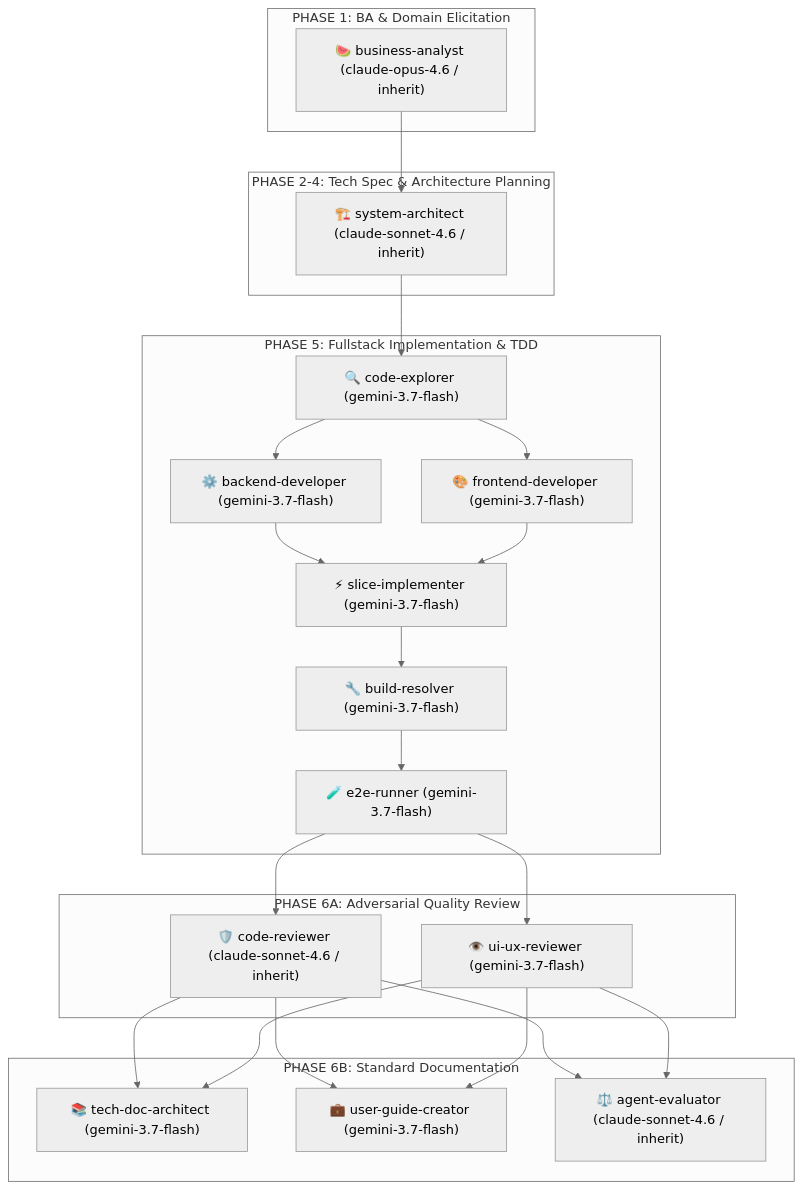
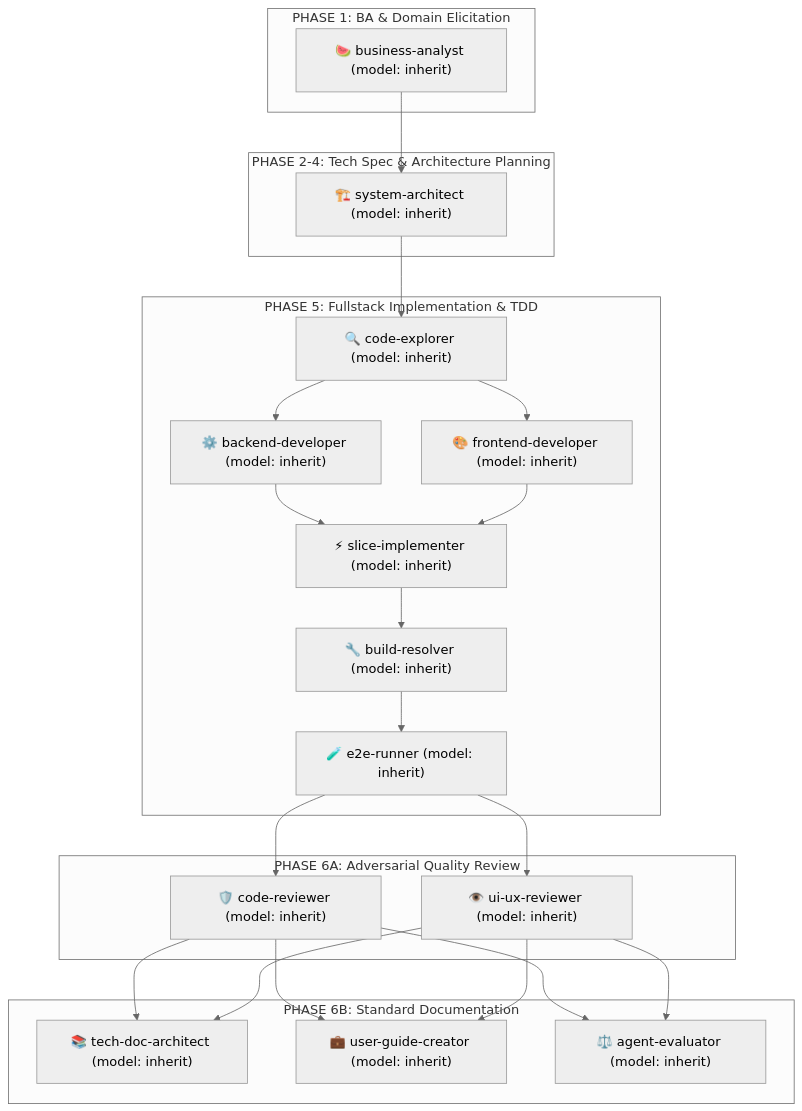
Before and after one commit to ahauy/universal-agents-workflow: the diagram in AGENTS.md, drawn with Mermaid (neutral theme). The commit also changed other lines of this file and 18 other files, not shown here.

````diff
--- a/AGENTS.md
+++ b/AGENTS.md
@@ -14,48 +14,48 @@
 ```mermaid
 graph TD
     subgraph P1 ["PHASE 1: BA & Domain Elicitation"]
-        BA["🍉 business-analyst (claude-opus-4.6 / inherit)"]
+        BA["🍉 business-analyst (model: inherit)"]
     end
 
     subgraph P2 ["PHASE 2-4: Tech Spec & Architecture Planning"]
-        SA["🏗️ system-architect (claude-sonnet-4.6 / inherit)"]
+        SA["🏗️ system-architect (model: inherit)"]
     end
 
     subgraph P5 ["PHASE 5: Fullstack Implementation & TDD"]
-        CE["🔍 code-explorer (gemini-3.7-flash)"]
-        BE["⚙️ backend-developer (gemini-3.7-flash)"]
-        FE["🎨 frontend-developer (gemini-3.7-flash)"]
-        SI["⚡ slice-implementer (gemini-3.7-flash)"]
-        BR["🔧 build-resolver (gemini-3.7-flash)"]
-        E2E["🧪 e2e-runner (gemini-3.7-flash)"]
+        CE["🔍 code-explorer (model: inherit)"]
+        BE["⚙️ backend-developer (model: inherit)"]
+        FE["🎨 frontend-developer (model: inherit)"]
+        SI["⚡ slice-implementer (model: inherit)"]
+        BR["🔧 build-resolver (model: inherit)"]
+        E2E["🧪 e2e-runner (model: inherit)"]
 
         CE --> BE
         CE --> FE
         BE --> SI
         FE --> SI
         SI --> BR
         BR --> E2E
     end
 
     subgraph P6A ["PHASE 6A: Adversarial Quality Review"]
-        CR["🛡️ code-reviewer (claude-sonnet-4.6 / inherit)"]
-        UR["👁️ ui-ux-reviewer (gemini-3.7-flash)"]
+        CR["🛡️ code-reviewer (model: inherit)"]
+        UR["👁️ ui-ux-reviewer (model: inherit)"]
     end
 
     subgraph P6B ["PHASE 6B: Standard Documentation"]
-        TD["📚 tech-doc-architect (gemini-3.7-flash)"]
-        UG["💼 user-guide-creator (gemini-3.7-flash)"]
-        AE["⚖️ agent-evaluator (claude-sonnet-4.6 / inherit)"]
+        TD["📚 tech-doc-architect (model: inherit)"]
+        UG["💼 user-guide-creator (model: inherit)"]
+        AE["⚖️ agent-evaluator (model: inherit)"]
     end
 
     BA --> SA
     SA --> CE
     E2E --> CR
     E2E --> UR
     CR --> TD
     CR --> UG
     CR --> AE
     UR --> TD
     UR --> UG
     UR --> AE
 ```
````
